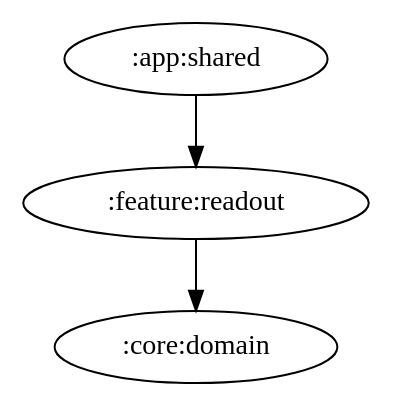
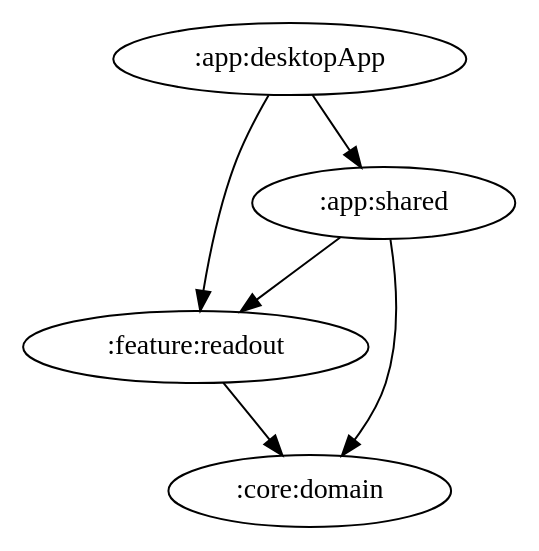
The diagram in docs/graphs/feature-readout.gv (ai-kurou/KoDriver), drawn with Graphviz before and after one commit. The commit also changed 13 other files, not shown here.

Commit message:
chore: update module graph images [skip ci]

```diff
--- a/docs/graphs/feature-readout.gv
+++ b/docs/graphs/feature-readout.gv
@@ -1,4 +1,7 @@
 digraph G {
+  ":app:desktopApp" -> ":app:shared"
+  ":app:desktopApp" -> ":feature:readout"
   ":app:shared" -> ":feature:readout"
+  ":app:shared" -> ":core:domain"
   ":feature:readout" -> ":core:domain"
 }
```
